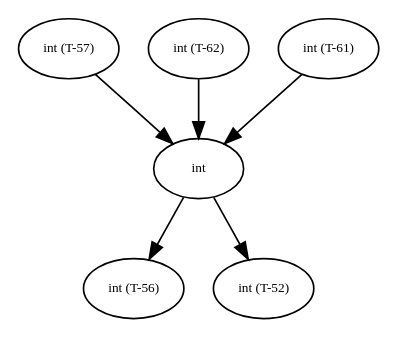
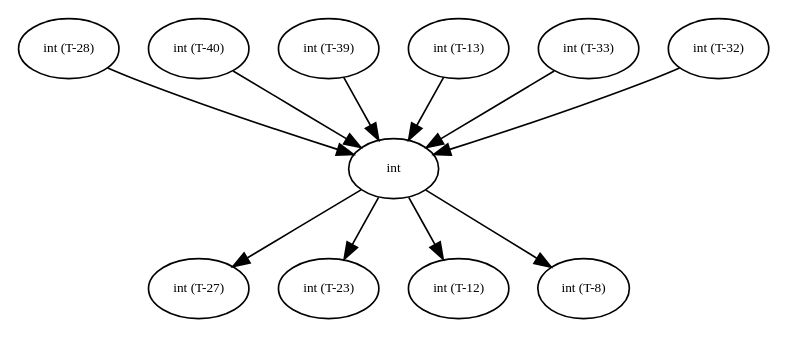
The diagram in graphs/debug_tree0.dot (amso100/livescript-declarations), drawn with Graphviz before and after one commit. The commit also changed 9 other files, not shown here.

```diff
--- a/graphs/debug_tree0.dot
+++ b/graphs/debug_tree0.dot
@@ -1,51 +1,96 @@
 digraph RGL__DirectedAdjacencyGraph {
-    "int (T-57)" [
+    "int (T-28)" [
         fontsize = 8,
-        label = "int (T-57)"
+        label = "int (T-28)"
     ]
 
     int [
         fontsize = 8,
         label = int
     ]
 
-    "int (T-56)" [
+    "int (T-27)" [
         fontsize = 8,
-        label = "int (T-56)"
+        label = "int (T-27)"
     ]
 
-    "int (T-52)" [
+    "int (T-23)" [
         fontsize = 8,
-        label = "int (T-52)"
+        label = "int (T-23)"
     ]
 
-    "int (T-62)" [
+    "int (T-12)" [
         fontsize = 8,
-        label = "int (T-62)"
+        label = "int (T-12)"
     ]
 
-    "int (T-61)" [
+    "int (T-8)" [
         fontsize = 8,
-        label = "int (T-61)"
+        label = "int (T-8)"
     ]
 
-    "int (T-57)" -> int [
+    "int (T-40)" [
+        fontsize = 8,
+        label = "int (T-40)"
+    ]
+
+    "int (T-39)" [
+        fontsize = 8,
+        label = "int (T-39)"
+    ]
+
+    "int (T-13)" [
+        fontsize = 8,
+        label = "int (T-13)"
+    ]
+
+    "int (T-33)" [
+        fontsize = 8,
+        label = "int (T-33)"
+    ]
+
+    "int (T-32)" [
+        fontsize = 8,
+        label = "int (T-32)"
+    ]
+
+    "int (T-28)" -> int [
         fontsize = 8
     ]
 
-    int -> "int (T-56)" [
+    int -> "int (T-27)" [
         fontsize = 8
     ]
 
-    int -> "int (T-52)" [
+    int -> "int (T-23)" [
         fontsize = 8
     ]
 
-    "int (T-62)" -> int [
+    int -> "int (T-12)" [
         fontsize = 8
     ]
 
-    "int (T-61)" -> int [
+    int -> "int (T-8)" [
+        fontsize = 8
+    ]
+
+    "int (T-40)" -> int [
+        fontsize = 8
+    ]
+
+    "int (T-39)" -> int [
+        fontsize = 8
+    ]
+
+    "int (T-13)" -> int [
+        fontsize = 8
+    ]
+
+    "int (T-33)" -> int [
+        fontsize = 8
+    ]
+
+    "int (T-32)" -> int [
         fontsize = 8
     ]
 }
```
